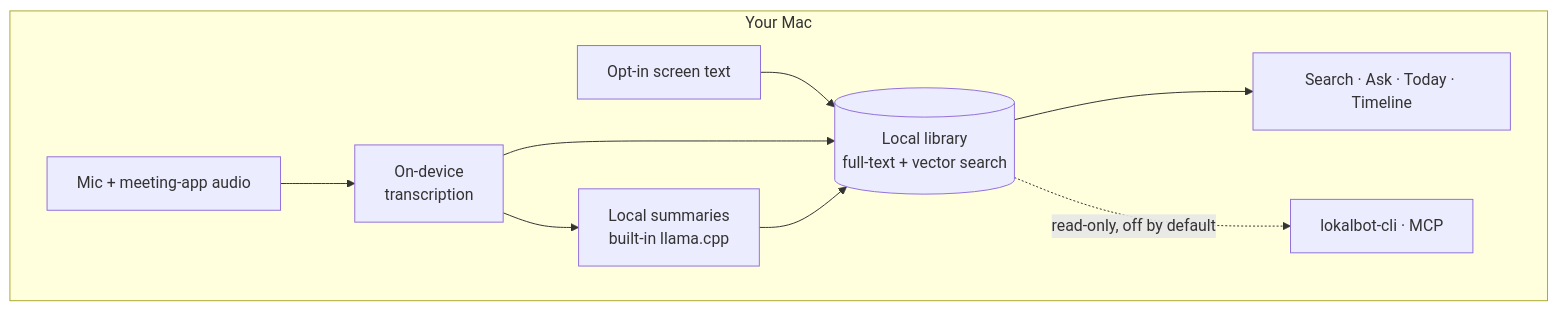
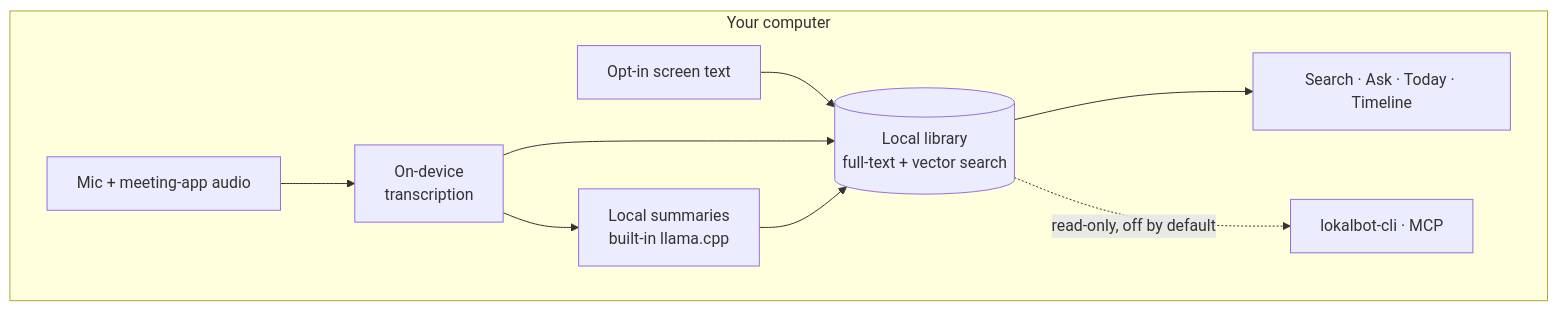
One commit to metalsp0rk/LokalBot changed the diagram in README.md. Above: the diagram before and after it, drawn with Mermaid. The commit also changed other lines of this file and 18 other files, not shown here.

````diff
--- a/README.md
+++ b/README.md
@@ -126,13 +134,13 @@
 ```mermaid
 flowchart LR
-  subgraph mac [Your Mac]
+  subgraph mac [Your computer]
     direction LR
     audio["Mic + meeting-app audio"] --> asr["On-device<br/>transcription"]
     asr --> llm["Local summaries<br/>built-in llama.cpp"]
     screen["Opt-in screen text"] --> db[("Local library<br/>full-text + vector search")]
     asr --> db
     llm --> db
     db --> use["Search · Ask · Today · Timeline"]
     db -.->|read-only, off by default| cli["lokalbot-cli · MCP"]
   end
 ```
````
